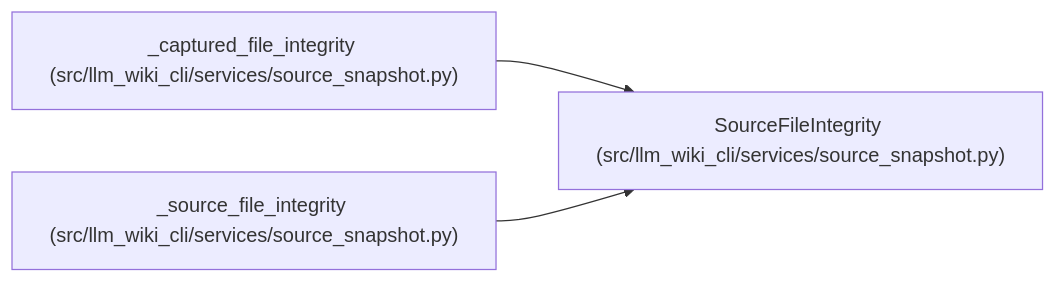
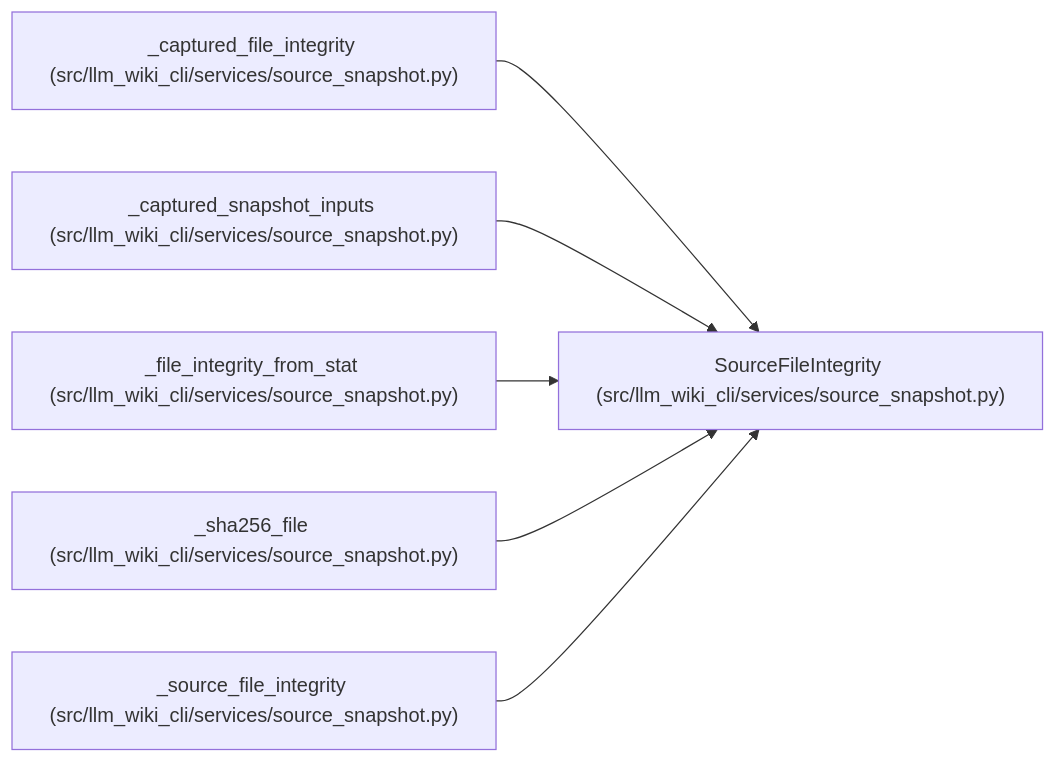
Before and after one commit to Denissvgn/python-wiki-llm: the diagram in docs/llm_wiki/entities/SourceFileIntegrity.md, drawn with Mermaid. The commit also changed other lines of this file and 279 other files, not shown here.

````diff
--- a/docs/llm_wiki/entities/SourceFileIntegrity.md
+++ b/docs/llm_wiki/entities/SourceFileIntegrity.md
@@ -32,11 +32,20 @@
 ```mermaid
 flowchart LR
     n0["SourceFileIntegrity (src/llm_wiki_cli/services/source_snapshot.py)"]
     n1["_captured_file_integrity (src/llm_wiki_cli/services/source_snapshot.py)"]
-    n2["_source_file_integrity (src/llm_wiki_cli/services/source_snapshot.py)"]
+    n2["_captured_snapshot_inputs (src/llm_wiki_cli/services/source_snapshot.py)"]
+    n3["_file_integrity_from_stat (src/llm_wiki_cli/services/source_snapshot.py)"]
+    n4["_sha256_file (src/llm_wiki_cli/services/source_snapshot.py)"]
+    n5["_source_file_integrity (src/llm_wiki_cli/services/source_snapshot.py)"]
     n1 --> n0
     n2 --> n0
+    n3 --> n0
+    n4 --> n0
+    n5 --> n0
     click n0 "../modules/source_snapshot.md"
     click n1 "../modules/source_snapshot.md"
     click n2 "../modules/source_snapshot.md"
+    click n3 "../modules/source_snapshot.md"
+    click n4 "../modules/source_snapshot.md"
+    click n5 "../modules/source_snapshot.md"
 ```
````
